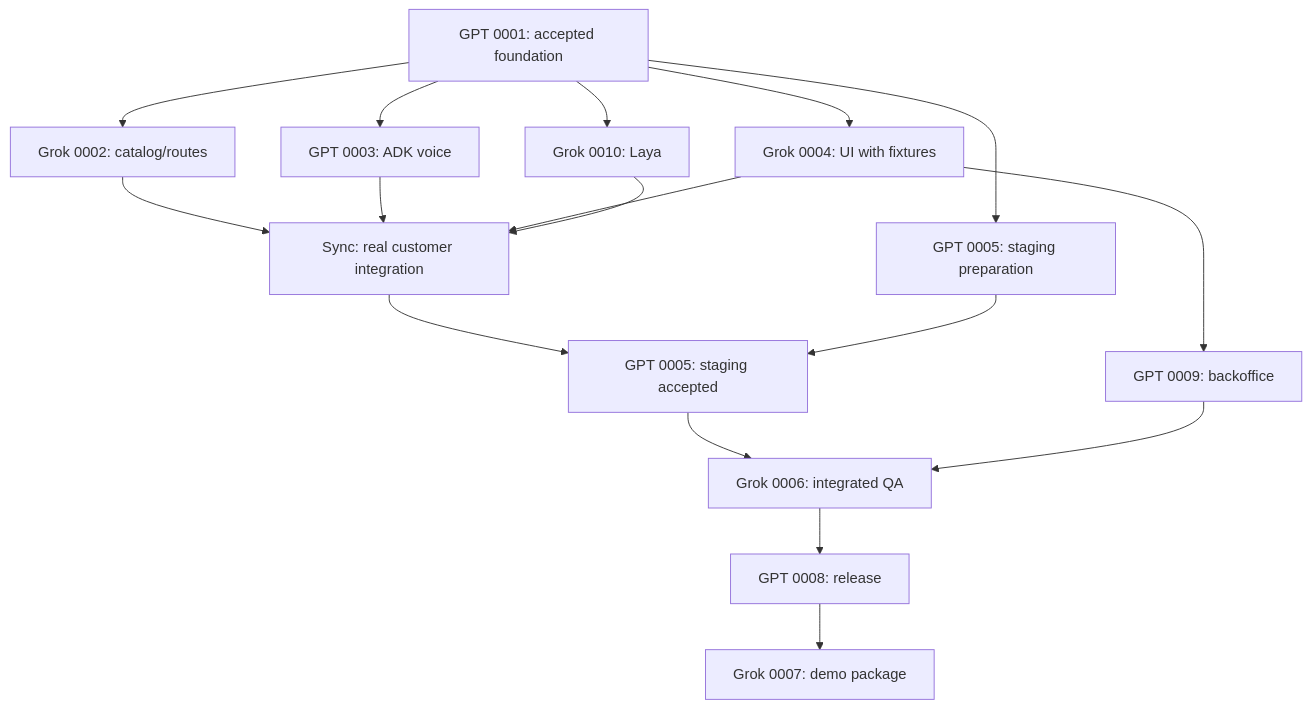
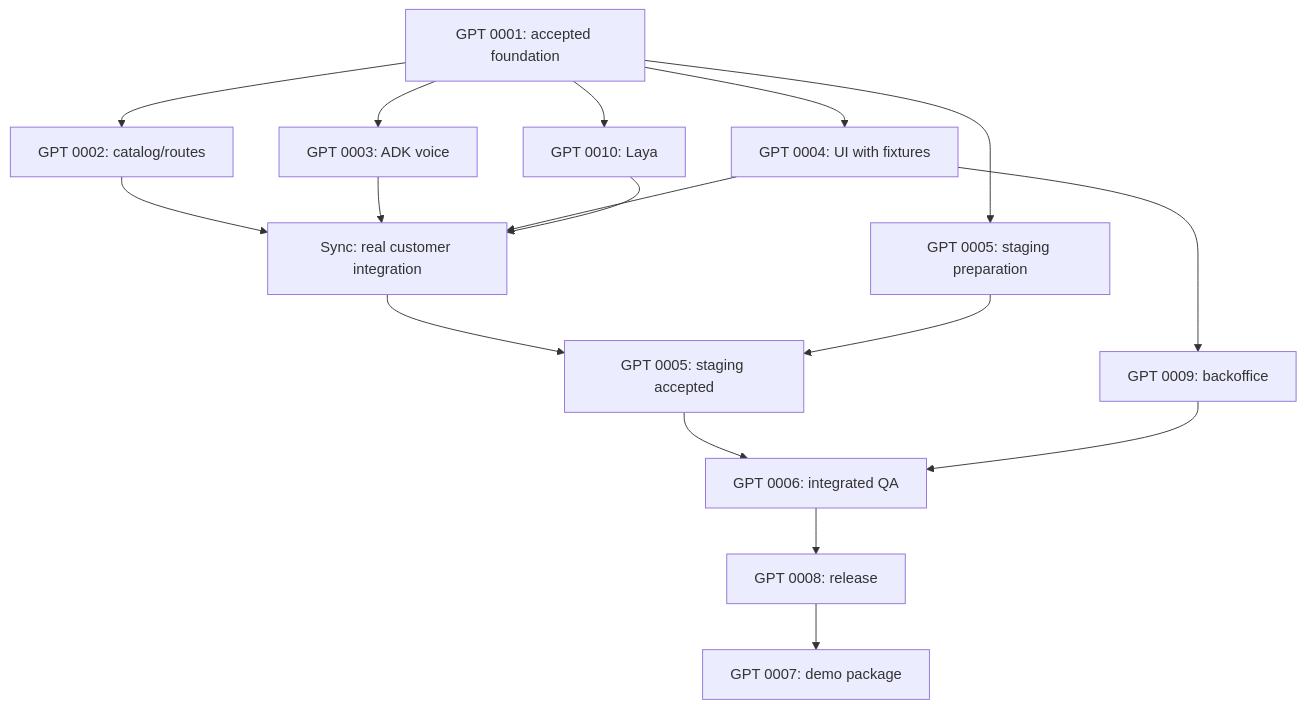
The diagram in docs/MODEL-ALLOCATION.md (apaichon/prompt-shop), drawn with Mermaid before and after one commit. The commit also changed other lines of this file and 33 other files, not shown here.

````diff
--- a/docs/MODEL-ALLOCATION.md
+++ b/docs/MODEL-ALLOCATION.md
@@ -79,19 +79,19 @@
 ```mermaid
 flowchart TD
-    F["GPT 0001: accepted foundation"] --> C["Grok 0002: catalog/routes"]
+    F["GPT 0001: accepted foundation"] --> C["GPT 0002: catalog/routes"]
     F --> V["GPT 0003: ADK voice"]
-    F --> U["Grok 0004: UI with fixtures"]
-    F --> L["Grok 0010: Laya"]
+    F --> U["GPT 0004: UI with fixtures"]
+    F --> L["GPT 0010: Laya"]
     F --> P["GPT 0005: staging preparation"]
     C --> I["Sync: real customer integration"]
     V --> I
     U --> I
     L --> I
     I --> S["GPT 0005: staging accepted"]
     P --> S
     U --> B["GPT 0009: backoffice"]
-    S --> Q["Grok 0006: integrated QA"]
+    S --> Q["GPT 0006: integrated QA"]
     B --> Q
     Q --> R["GPT 0008: release"]
-    R --> D["Grok 0007: demo package"]
+    R --> D["GPT 0007: demo package"]
 ```
````
